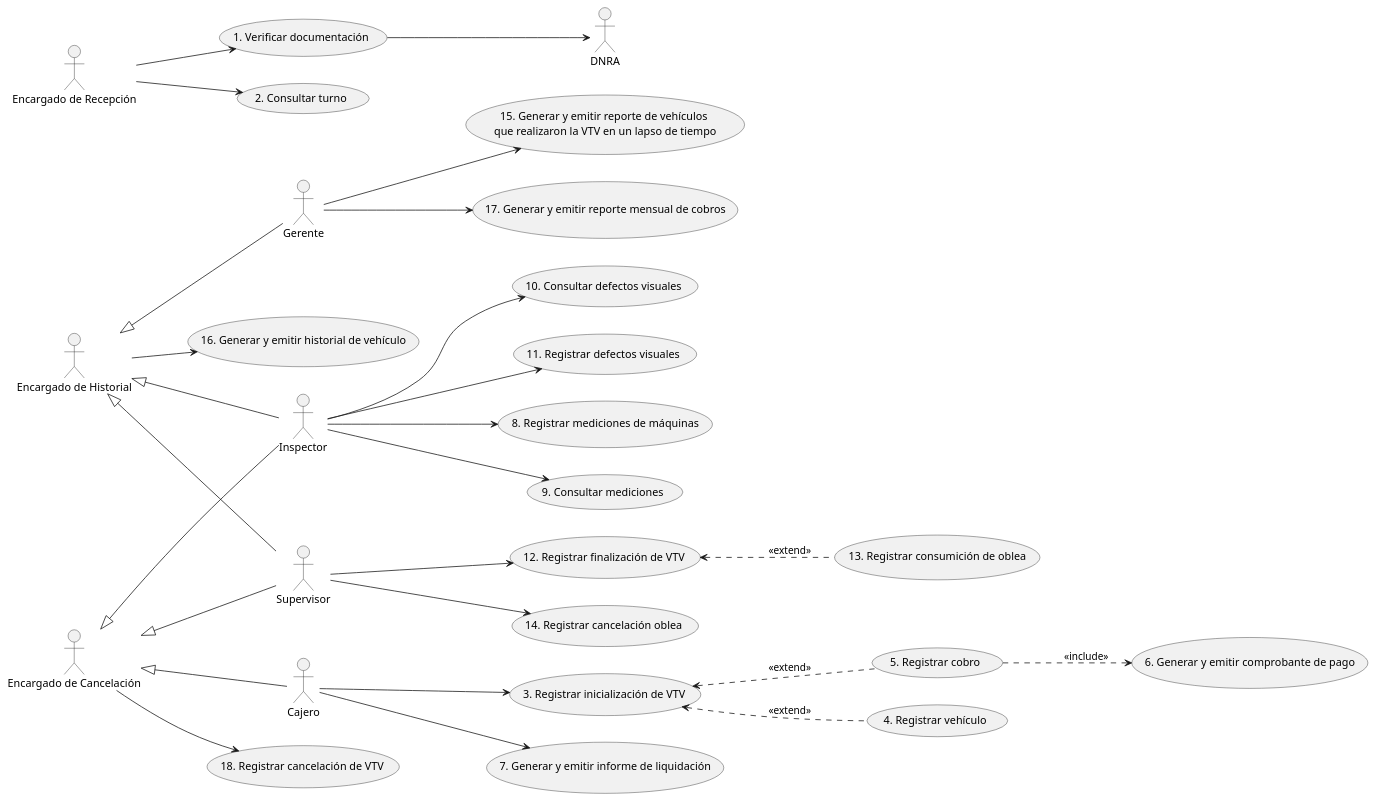
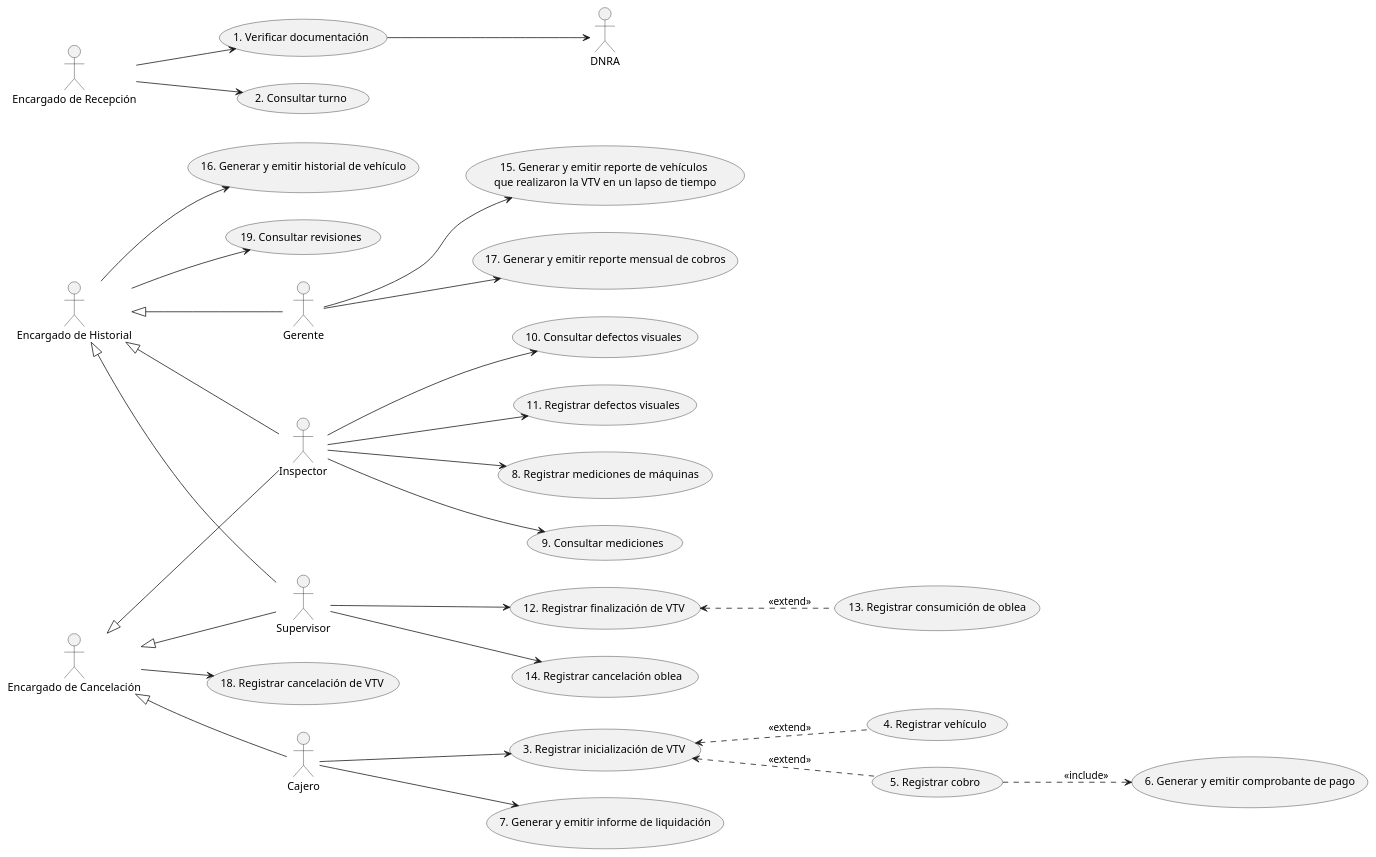
The second of 3 diagrams in Diagramas/Diagramas.plantuml (JulianFermani/TPI2024-CA13), drawn with PlantUML before and after one commit. The commit also changed other lines of this file and 3 other files, not shown here.

```diff
--- a/Diagramas/Diagramas.plantuml
+++ b/Diagramas/Diagramas.plantuml
@@ -189,44 +189,45 @@
 @startuml Diagrama_de_casos_de_uso_esenciales
 left to right direction
 :Gerente: as G
 :Supervisor: as S
 :Encargado de Historial: as EH
 :Inspector: as I
 :Cajero: as C
 :Encargado de Cancelación: as EC
 :Encargado de Recepción: as ER
 :DNRA: as DNRA
 
 ER --> (1. Verificar documentación)
 (1. Verificar documentación)  --> DNRA 
 ER --> (2. Consultar turno)
 
 C --> (3. Registrar inicialización de VTV)
 (3. Registrar inicialización de VTV) <.. (4. Registrar vehículo) : <<extend>> 
 (3. Registrar inicialización de VTV) <.. (5. Registrar cobro) : <<extend>>
 (5. Registrar cobro) ..> (6. Generar y emitir comprobante de pago) : <<include>> 
 
 C --> (7. Generar y emitir informe de liquidación)
 
 I --> (8. Registrar mediciones de máquinas)
 I --> (9. Consultar mediciones)
 I --> (10. Consultar defectos visuales)
 I --> (11. Registrar defectos visuales)
 
 S --> (12. Registrar finalización de VTV) 
 (12. Registrar finalización de VTV) <.. (13. Registrar consumición de oblea)  : <<extend>>
 S --> (14. Registrar cancelación oblea)
 
 G --> (15. Generar y emitir reporte de vehículos \nque realizaron la VTV en un lapso de tiempo)
 G --> (17. Generar y emitir reporte mensual de cobros)
 
 EC --> (18. Registrar cancelación de VTV)
 EC <|-- C
 EC <|-- I
 EC <|-- S
 
 EH --> (16. Generar y emitir historial de vehículo)
+EH --> (19. Consultar revisiones)
 EH <|-- I
 EH <|-- S
 EH <|-- G
 @enduml
```
